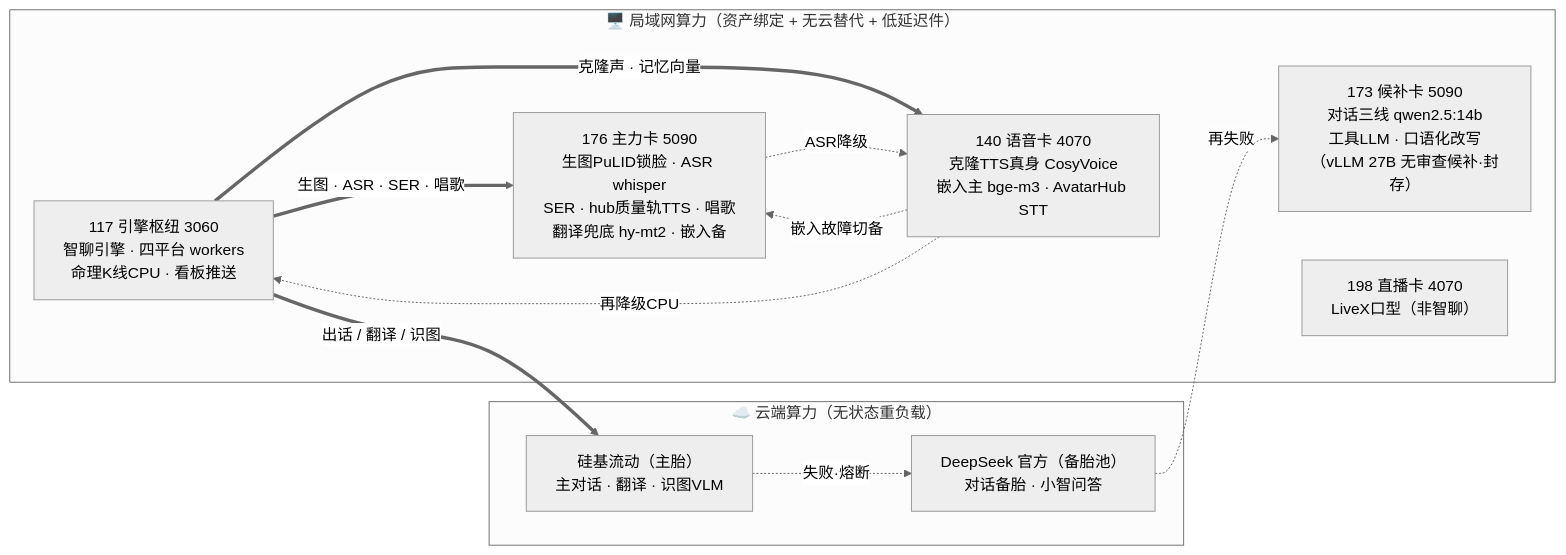
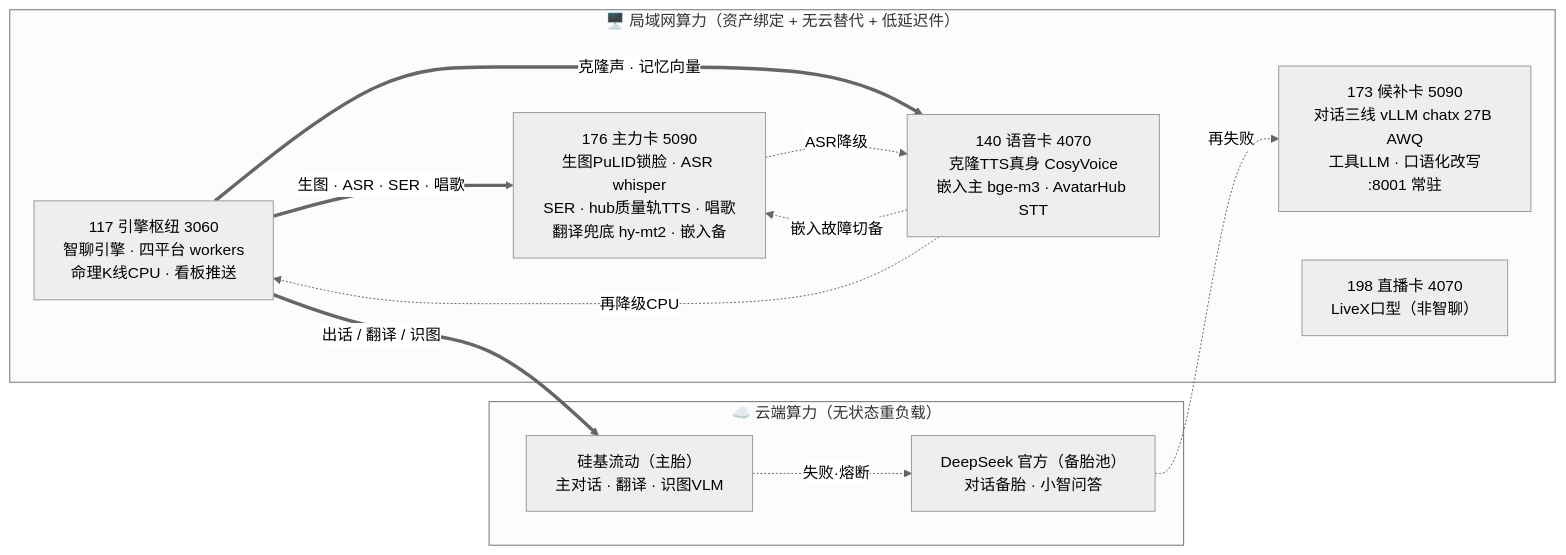
Before and after one commit to victor2025PH/boundless: the diagram in docs/实施71_云地算力关系图_最优分配与全场景兜底_2026-08.md, drawn with Mermaid (neutral theme). The commit also changed other lines of this file and 172 other files, not shown here.

First line of the commit message:
ChatX 1.0.88: 公网开脸、跟图闸、免打扰原文、WA sidecar 进包。

````diff
--- a/docs/实施71_云地算力关系图_最优分配与全场景兜底_2026-08.md
+++ b/docs/实施71_云地算力关系图_最优分配与全场景兜底_2026-08.md
@@ -23,22 +23,22 @@
 ```mermaid
 flowchart LR
   subgraph CLOUD["☁️ 云端算力（无状态重负载）"]
     SF["硅基流动（主胎）<br/>主对话 · 翻译 · 识图VLM"]
     DS["DeepSeek 官方（备胎池）<br/>对话备胎 · 小智问答"]
   end
   subgraph LAN["🖥️ 局域网算力（资产绑定 + 无云替代 + 低延迟件）"]
     H117["117 引擎枢纽 3060<br/>智聊引擎 · 四平台 workers<br/>命理K线CPU · 看板推送"]
     H176["176 主力卡 5090<br/>生图PuLID锁脸 · ASR whisper<br/>SER · hub质量轨TTS · 唱歌<br/>翻译兜底 hy-mt2 · 嵌入备"]
-    H173["173 候补卡 5090<br/>对话三线 qwen2.5:14b<br/>工具LLM · 口语化改写<br/>（vLLM 27B 无审查候补·封存）"]
+    H173["173 候补卡 5090<br/>对话三线 vLLM chatx 27B AWQ<br/>工具LLM · 口语化改写<br/>:8001 常驻"]
     H140["140 语音卡 4070<br/>克隆TTS真身 CosyVoice<br/>嵌入主 bge-m3 · AvatarHub STT"]
     H198["198 直播卡 4070<br/>LiveX口型（非智聊）"]
   end
   H117 ==>|"出话 / 翻译 / 识图"| SF
   SF -.->|"失败·熔断"| DS
   DS -.->|"再失败"| H173
   H117 ==>|"生图 · ASR · SER · 唱歌"| H176
   H117 ==>|"克隆声 · 记忆向量"| H140
   H140 -.->|"嵌入故障切备"| H176
   H176 -.->|"ASR降级"| H140
   H140 -.->|"再降级CPU"| H117
 ```
````
